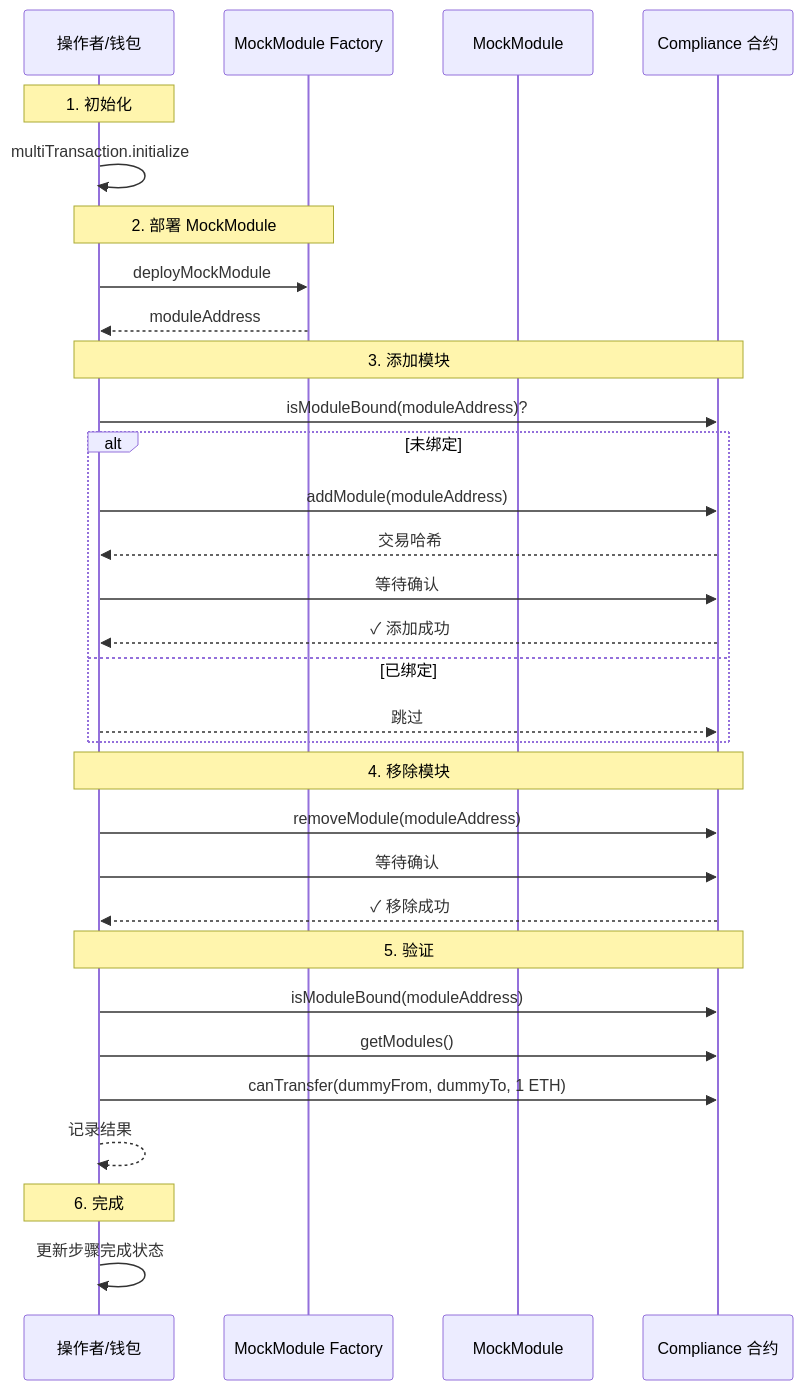
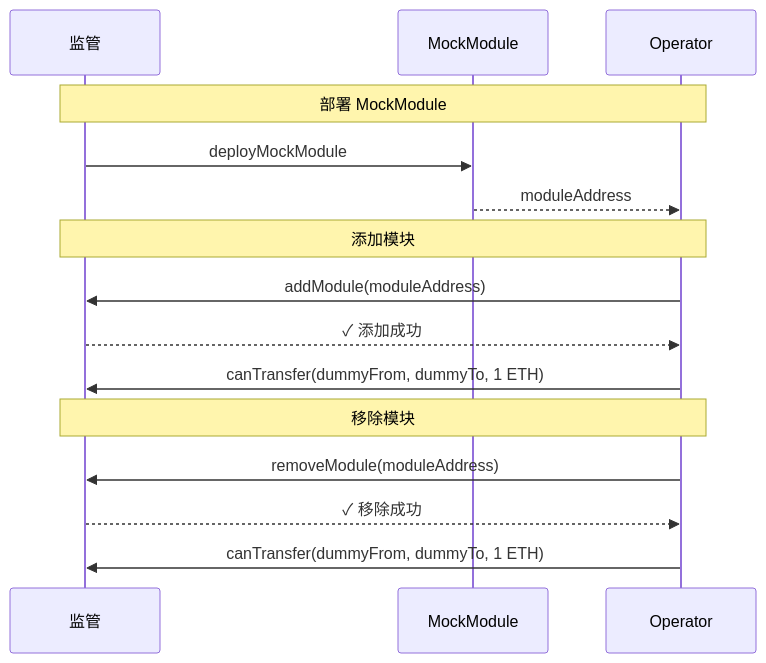
Before and after one commit to Joshuashen022/erc-3643-demo: the diagram in document/examples/complianceFlow.md, drawn with Mermaid. The commit also changed 10 other files, not shown here.

````diff
--- a/document/examples/complianceFlow.md
+++ b/document/examples/complianceFlow.md
@@ -5,39 +5,23 @@
 ```mermaid
 sequenceDiagram
-    participant Operator as 操作者/钱包
-    participant Factory as MockModule Factory
+    participant Compliance as 操作者/钱包
     participant Module as MockModule
-    participant Compliance as Compliance 合约
+    participant Compliance as 监管
 
-    Note over Operator: 1. 初始化
-    Operator->>Operator: multiTransaction.initialize
+    Note over Operator,Compliance: 部署 MockModule
+    Compliance->>Module: deployMockModule
+    Module-->>Operator: moduleAddress
 
-    Note over Operator,Factory: 2. 部署 MockModule
-    Operator->>Factory: deployMockModule
-    Factory-->>Operator: moduleAddress
+    Note over Operator,Compliance: 添加模块
+    Operator->>Compliance: addModule(moduleAddress)
+    Compliance-->>Operator: ✓ 添加成功
 
-    Note over Operator,Compliance: 3. 添加模块
-    Operator->>Compliance: isModuleBound(moduleAddress)?
-    alt 未绑定
-        Operator->>Compliance: addModule(moduleAddress)
-        Compliance-->>Operator: 交易哈希
-        Operator->>Compliance: 等待确认
-        Compliance-->>Operator: ✓ 添加成功
-    else 已绑定
-        Operator-->>Compliance: 跳过
-    end
+    Operator->>Compliance: canTransfer(dummyFrom, dummyTo, 1 ETH)
 
-    Note over Operator,Compliance: 4. 移除模块
+    Note over Operator,Compliance: 移除模块
     Operator->>Compliance: removeModule(moduleAddress)
-    Operator->>Compliance: 等待确认
     Compliance-->>Operator: ✓ 移除成功
 
-    Note over Operator,Compliance: 5. 验证
-    Operator->>Compliance: isModuleBound(moduleAddress)
-    Operator->>Compliance: getModules()
     Operator->>Compliance: canTransfer(dummyFrom, dummyTo, 1 ETH)
-    Operator-->>Operator: 记录结果
 
-    Note over Operator: 6. 完成
-    Operator->>Operator: 更新步骤完成状态
 ```
````
